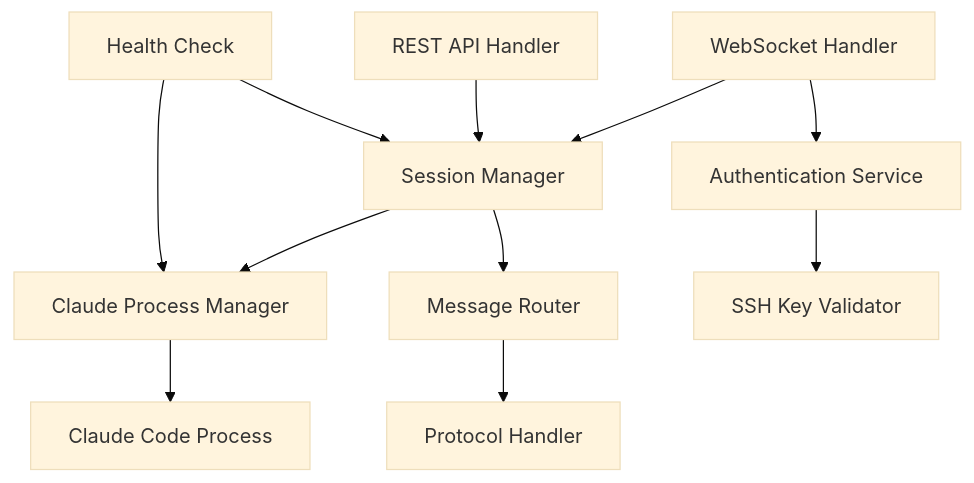
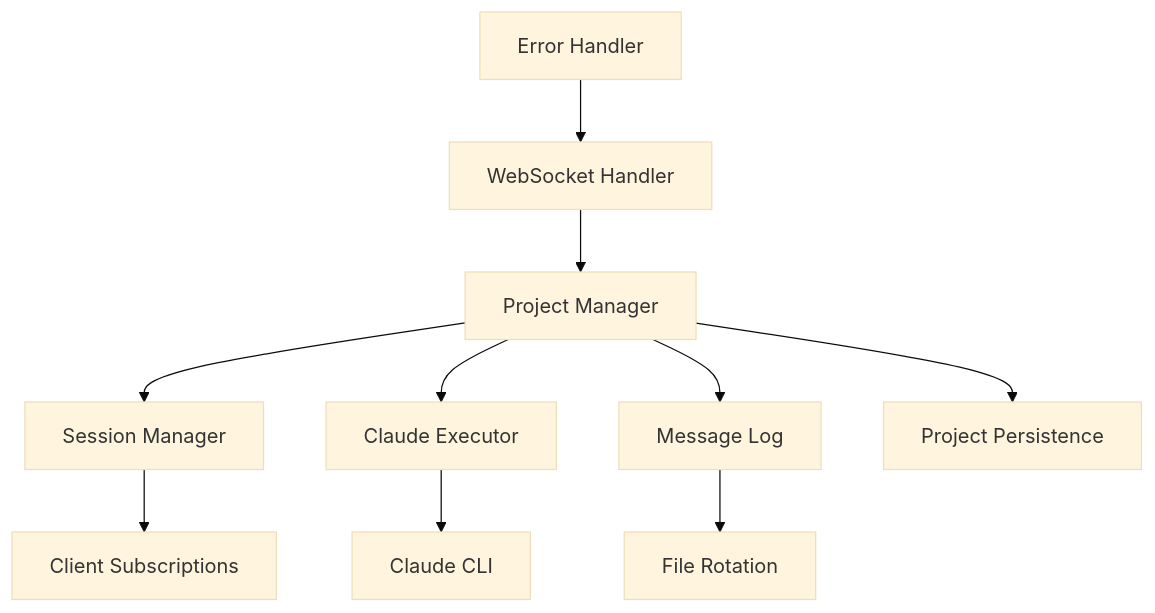
One commit to bebsworthy/pocket_agent changed the diagram in documentation/features/communication-layer/modules/server/design.md. Above: the diagram before and after it, drawn with Mermaid (base theme). The commit also changed other lines of this file and 50 other files, not shown here.

````diff
--- a/documentation/features/communication-layer/modules/server/design.md
+++ b/documentation/features/communication-layer/modules/server/design.md
@@ -30,13 +31,12 @@
 ```mermaid
 graph TD
-    A[WebSocket Handler] --> B[Authentication Service]
-    A --> C[Session Manager]
-    C --> D[Claude Process Manager]
-    C --> E[Message Router]
-    E --> F[Protocol Handler]
-    D --> G[Claude Code Process]
-    B --> H[SSH Key Validator]
-    I[REST API Handler] --> C
-    J[Health Check] --> C
-    J --> D
+    A[WebSocket Handler] --> B[Project Manager]
+    B --> C[Session Manager]
+    B --> D[Claude Executor]
+    D --> E[Claude CLI]
+    B --> F[Message Log]
+    F --> G[File Rotation]
+    B --> H[Project Persistence]
+    C --> I[Client Subscriptions]
+    J[Error Handler] --> A
 ```
````
